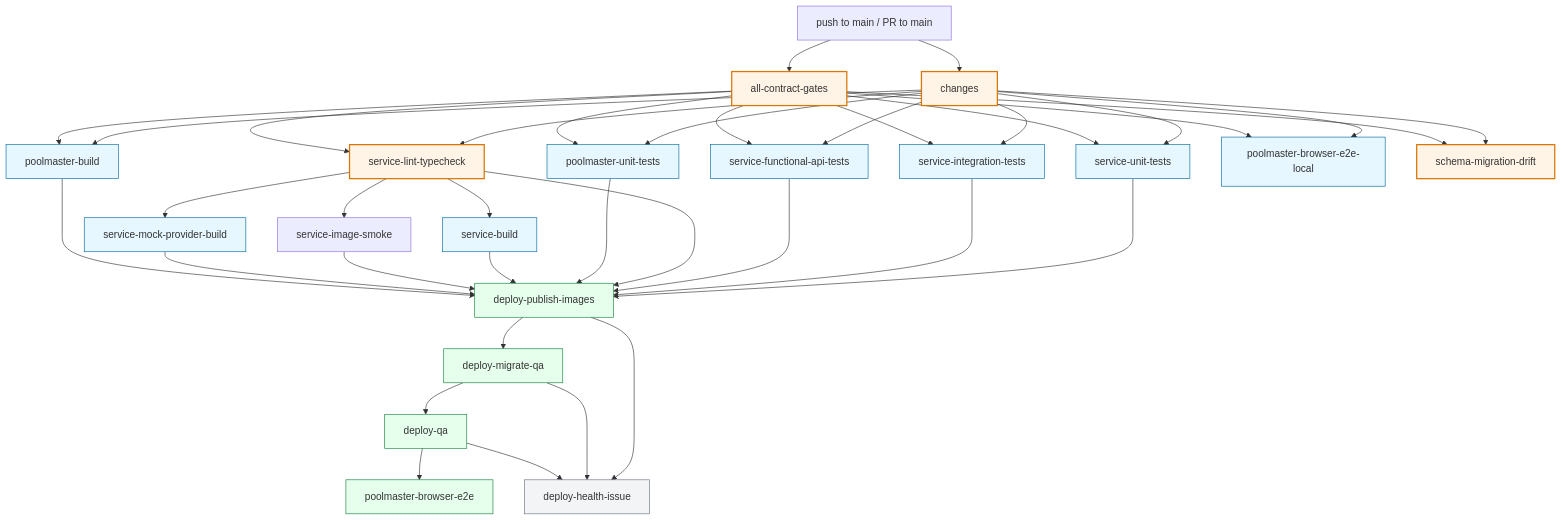
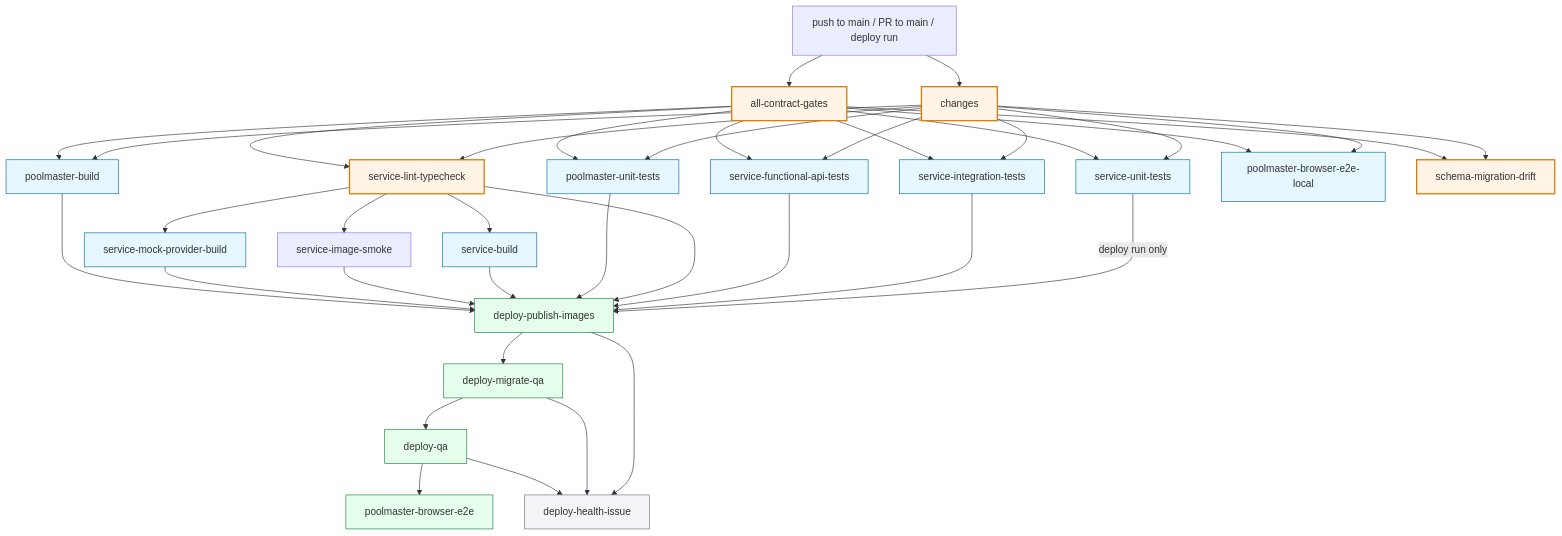
Before and after one commit to derek-dorazio/pool-master: the first of 2 diagrams in docs/CI-AND-QUALITY-GATES.md, drawn with Mermaid. The commit also changed other lines of this file and 12 other files, not shown here.

First line of the commit message:
Deploy QA on demand: a push to main tests, a manual CI run on main deploys (#1684)

````diff
--- a/docs/CI-AND-QUALITY-GATES.md
+++ b/docs/CI-AND-QUALITY-GATES.md
@@ -233,53 +261,53 @@
 ```mermaid
 flowchart TD
-  T[push to main / PR to main] --> CG[all-contract-gates]
+  T[push to main / PR to main / deploy run] --> CG[all-contract-gates]
   T --> CH[changes]
 
   CH --> LT
   CH --> SU
   CH --> SI
   CH --> SF
   CH --> PU
   CH --> PB
   CH --> EL
   CH --> SD
   CG --> LT[service-lint-typecheck]
   CG --> SU[service-unit-tests]
   CG --> SI[service-integration-tests]
   CG --> SF[service-functional-api-tests]
   CG --> SD[schema-migration-drift]
   CG --> PU[poolmaster-unit-tests]
   CG --> PB[poolmaster-build]
   CG --> EL[poolmaster-browser-e2e-local]
   LT --> SB[service-build]
   LT --> MB[service-mock-provider-build]
   LT --> IS[service-image-smoke]
 
-  SU --> PI[deploy-publish-images]
+  SU -->|deploy run only| PI[deploy-publish-images]
   SI --> PI
   SF --> PI
   LT --> PI
   PU --> PI
   SB --> PI
   IS --> PI
   MB --> PI
   PB --> PI
 
   PI --> MQ[deploy-migrate-qa]
   MQ --> DQ[deploy-qa]
   DQ --> E2E[poolmaster-browser-e2e]
   PI --> DH[deploy-health-issue]
   MQ --> DH
   DQ --> DH
 
   classDef gate fill:#fff4e6,stroke:#d97706,stroke-width:2px
   classDef test fill:#e6f7ff,stroke:#0369a1
   classDef deploy fill:#e6ffed,stroke:#15803d
   classDef report fill:#f3f4f6,stroke:#6b7280
 
   class CG,LT,CH gate
   class SU,SI,SF,PU,SB,MB,PB,EL test
   class SD gate
   class PI,MQ,DQ,E2E deploy
   class DH report
 ```
````
